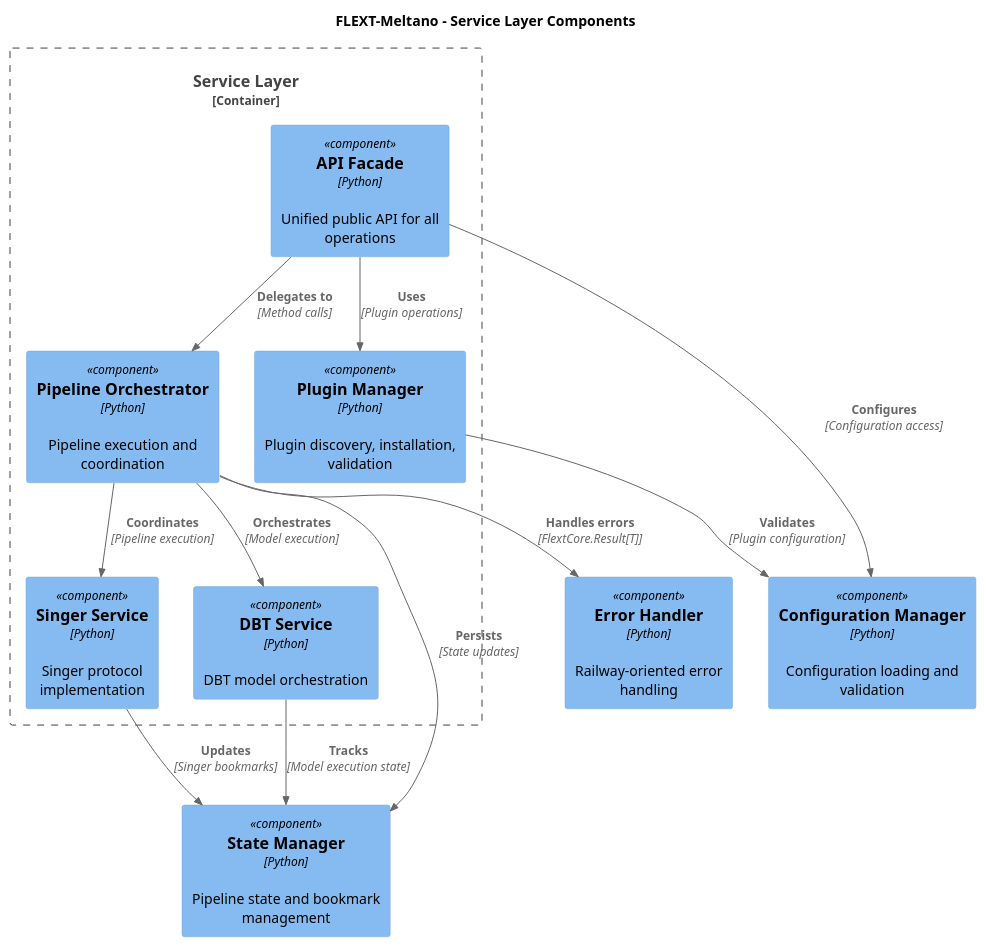
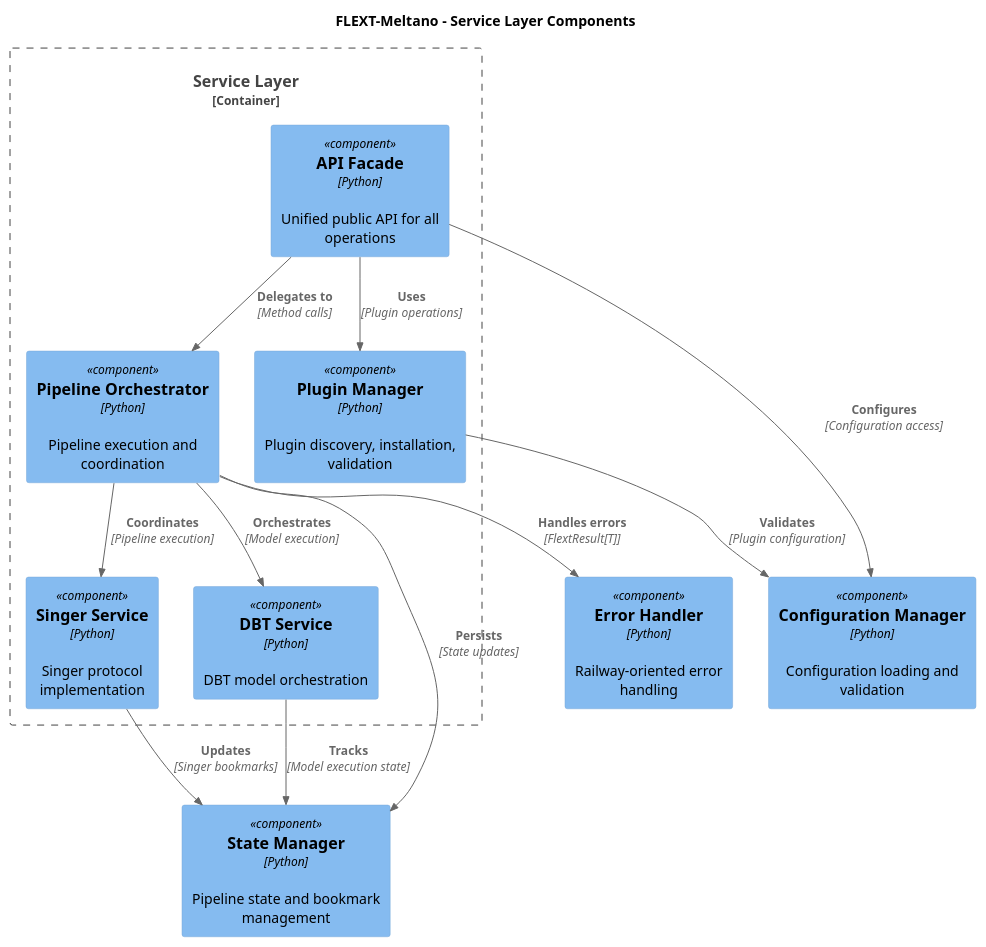
The third of 6 diagrams in docs/architecture/diagrams.puml (flext-sh/flext-meltano), drawn with PlantUML before and after one commit. The commit also changed other lines of this file and 91 other files, not shown here.

```diff
--- a/docs/architecture/diagrams.puml
+++ b/docs/architecture/diagrams.puml
@@ -76,30 +76,30 @@
 @startuml FLEXT-Meltano Service Components
 !include https://raw.githubusercontent.com/plantuml-stdlib/C4-PlantUML/master/C4_Component.puml
 
 title FLEXT-Meltano - Service Layer Components
 
 Container_Boundary(service_layer, "Service Layer") {
     Component(api_facade, "API Facade", "Python", "Unified public API for all operations")
     Component(orchestrator, "Pipeline Orchestrator", "Python", "Pipeline execution and coordination")
     Component(plugin_manager, "Plugin Manager", "Python", "Plugin discovery, installation, validation")
     Component(singer_service, "Singer Service", "Python", "Singer protocol implementation")
     Component(dbt_service, "DBT Service", "Python", "DBT model orchestration")
 }
 
 Component(config_manager, "Configuration Manager", "Python", "Configuration loading and validation")
 Component(state_manager, "State Manager", "Python", "Pipeline state and bookmark management")
 Component(error_handler, "Error Handler", "Python", "Railway-oriented error handling")
 
 Rel(api_facade, orchestrator, "Delegates to", "Method calls")
 Rel(api_facade, plugin_manager, "Uses", "Plugin operations")
 Rel(api_facade, config_manager, "Configures", "Configuration access")
 
 Rel(orchestrator, singer_service, "Coordinates", "Pipeline execution")
 Rel(orchestrator, dbt_service, "Orchestrates", "Model execution")
 Rel(orchestrator, state_manager, "Persists", "State updates")
-Rel(orchestrator, error_handler, "Handles errors", "FlextCore.Result[T]")
+Rel(orchestrator, error_handler, "Handles errors", "FlextResult[T]")
 
 Rel(plugin_manager, config_manager, "Validates", "Plugin configuration")
 Rel(singer_service, state_manager, "Updates", "Singer bookmarks")
 Rel(dbt_service, state_manager, "Tracks", "Model execution state")
 @enduml
```
